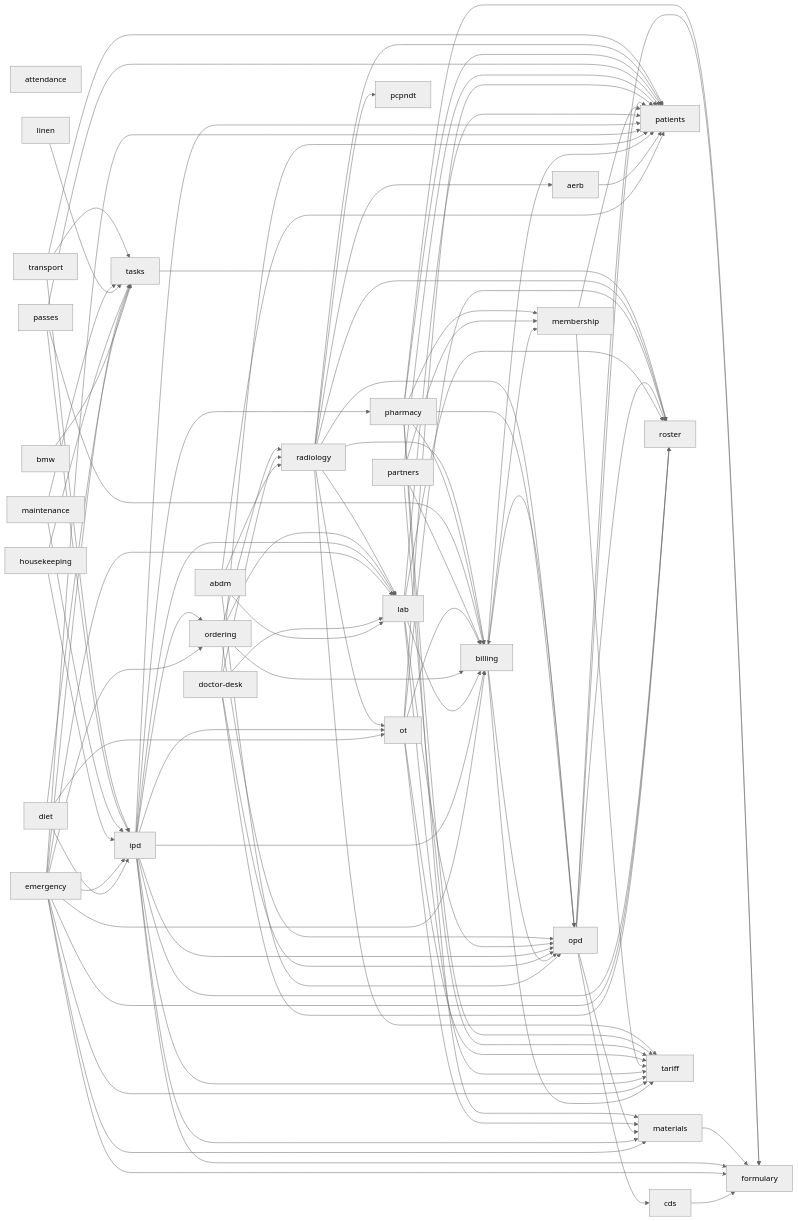
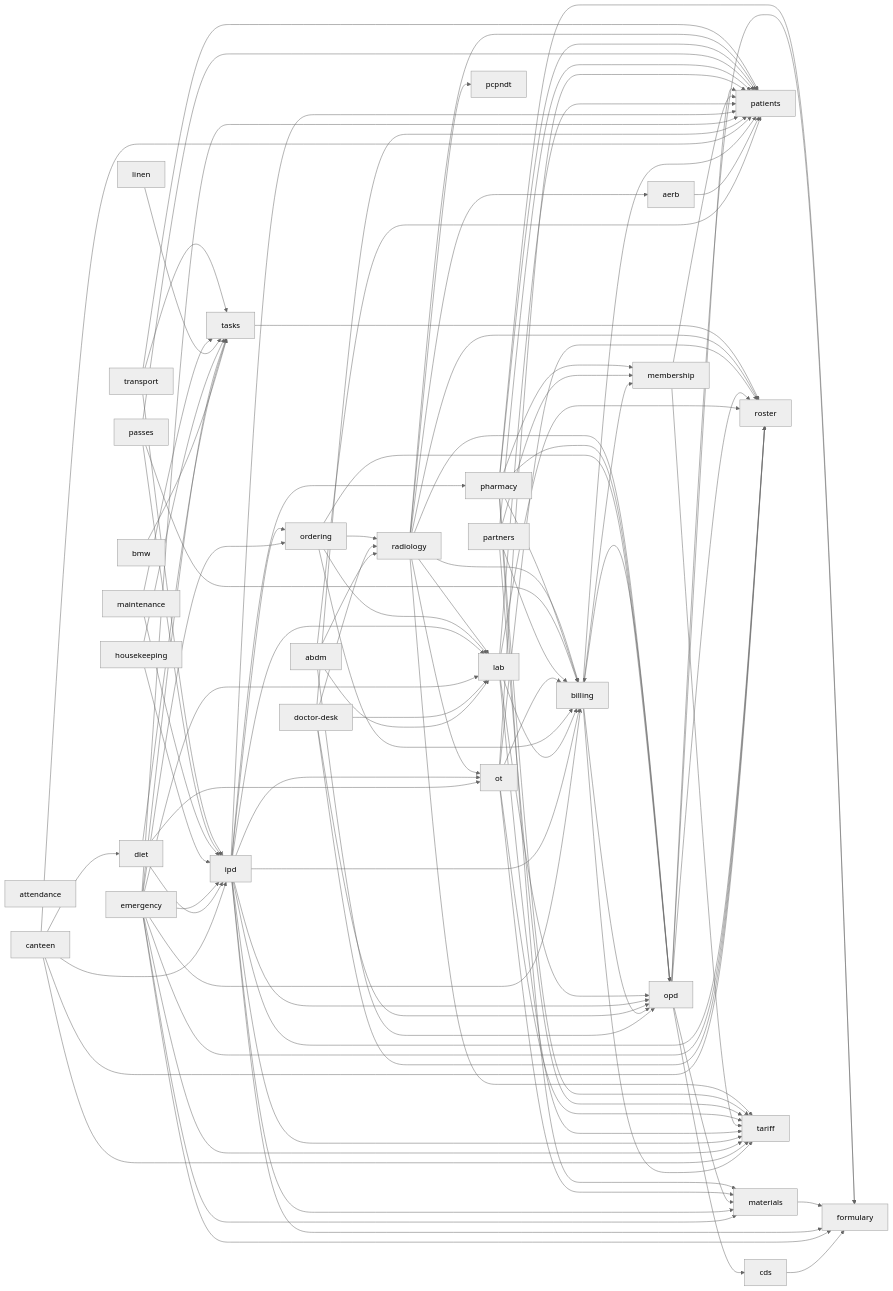
Before and after one commit to ankits3a/hims-hmis: the second of 2 diagrams in docs/architecture/README.md, drawn with Mermaid (neutral theme). The commit also changed other lines of this file and 51 other files, not shown here.

First line of the commit message:
feat(canteen): CN-1 server — outlets, till and day close, staff meal card, bed QR, IPD-bill meals, family meals, caterer rent (#977)

```diff
--- a/docs/architecture/README.md
+++ b/docs/architecture/README.md
@@ -35,6 +35,7 @@
   attendance[attendance]
   billing[billing]
   bmw[bmw]
+  canteen[canteen]
   cds[cds]
   diet[diet]
   doctor_desk[doctor-desk]
@@ -70,6 +71,11 @@
   billing --> patients
   billing --> tariff
   bmw --> tasks
+  canteen --> diet
+  canteen --> ipd
+  canteen --> patients
+  canteen --> roster
+  canteen --> tariff
   cds --> formulary
   diet --> ipd
   diet --> ot
```
